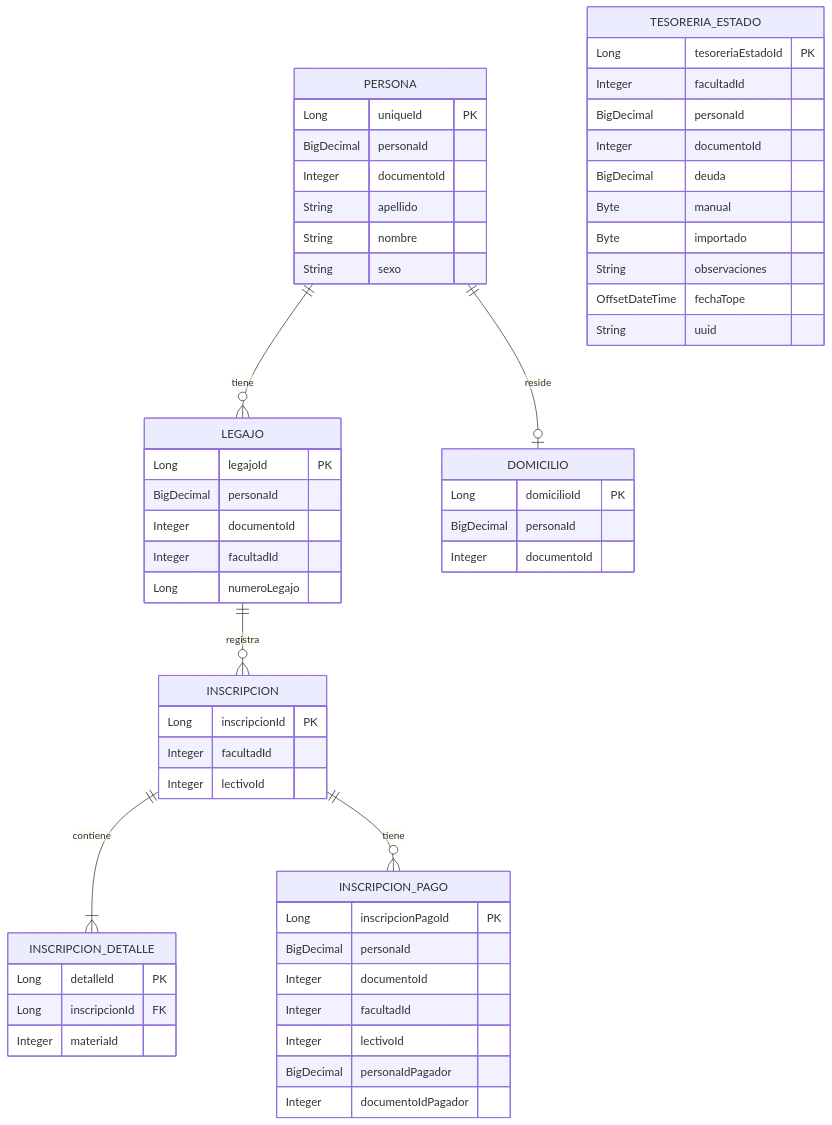
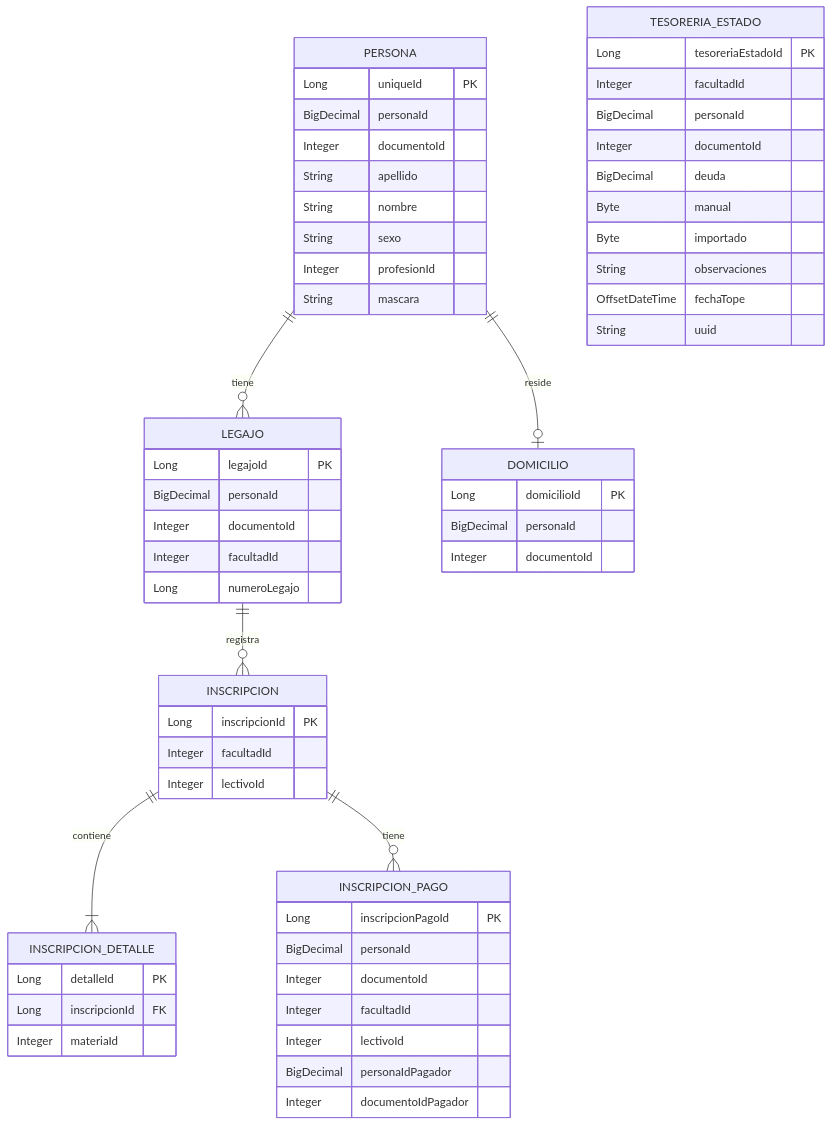
Before and after one commit to UM-services/UM.facultad.core-service: the diagram in docs/diagrams/erd-database.mmd, drawn with Mermaid. The commit also changed 3 other files, not shown here.

```diff
--- a/docs/diagrams/erd-database.mmd
+++ b/docs/diagrams/erd-database.mmd
@@ -1,57 +1,59 @@
 erDiagram
     PERSONA ||--o{ LEGAJO : tiene
     PERSONA {
         Long uniqueId PK
         BigDecimal personaId
         Integer documentoId
         String apellido
         String nombre
         String sexo
+        Integer profesionId
+        String mascara
     }
     LEGAJO ||--o{ INSCRIPCION : registra
     LEGAJO {
         Long legajoId PK
         BigDecimal personaId
         Integer documentoId
         Integer facultadId
         Long numeroLegajo
     }
     INSCRIPCION ||--|{ INSCRIPCION_DETALLE : contiene
     INSCRIPCION {
         Long inscripcionId PK
         Integer facultadId
         Integer lectivoId
     }
     INSCRIPCION_DETALLE {
         Long detalleId PK
         Long inscripcionId FK
         Integer materiaId
     }
     PERSONA ||--o| DOMICILIO : reside
     DOMICILIO {
         Long domicilioId PK
         BigDecimal personaId
         Integer documentoId
     }
     INSCRIPCION ||--o{ INSCRIPCION_PAGO : tiene
     INSCRIPCION_PAGO {
         Long inscripcionPagoId PK
         BigDecimal personaId
         Integer documentoId
         Integer facultadId
         Integer lectivoId
         BigDecimal personaIdPagador
         Integer documentoIdPagador
     }
     TESORERIA_ESTADO {
         Long tesoreriaEstadoId PK
         Integer facultadId
         BigDecimal personaId
         Integer documentoId
         BigDecimal deuda
         Byte manual
         Byte importado
         String observaciones
         OffsetDateTime fechaTope
         String uuid
     }
```
